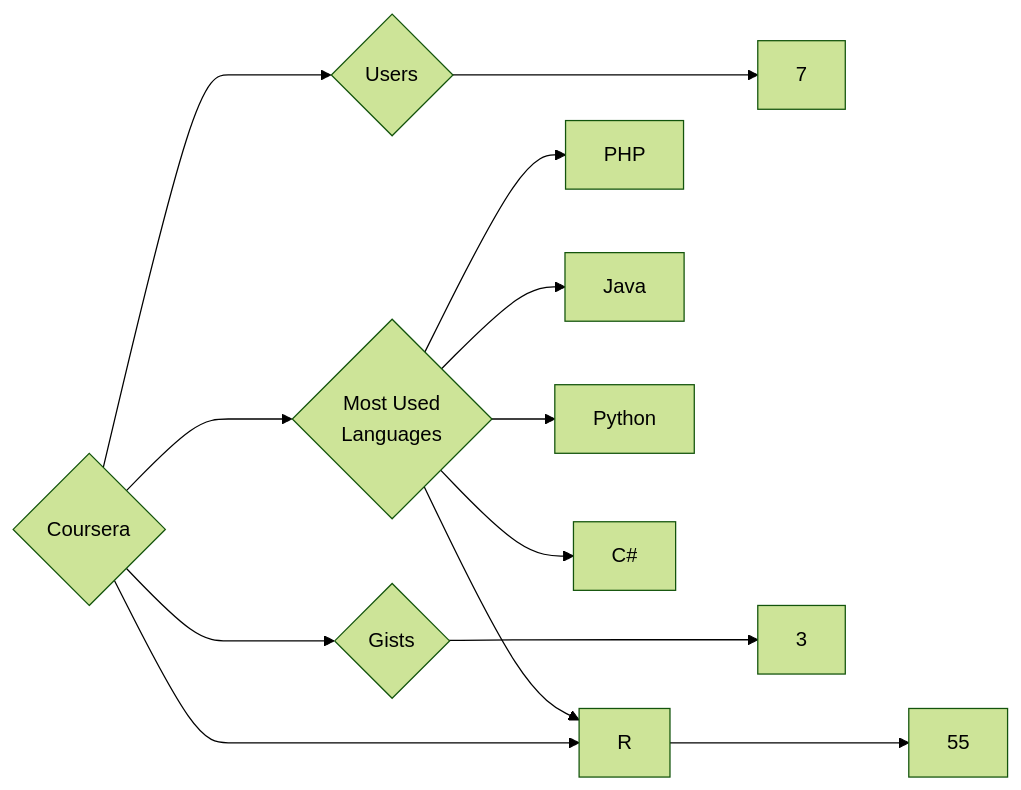
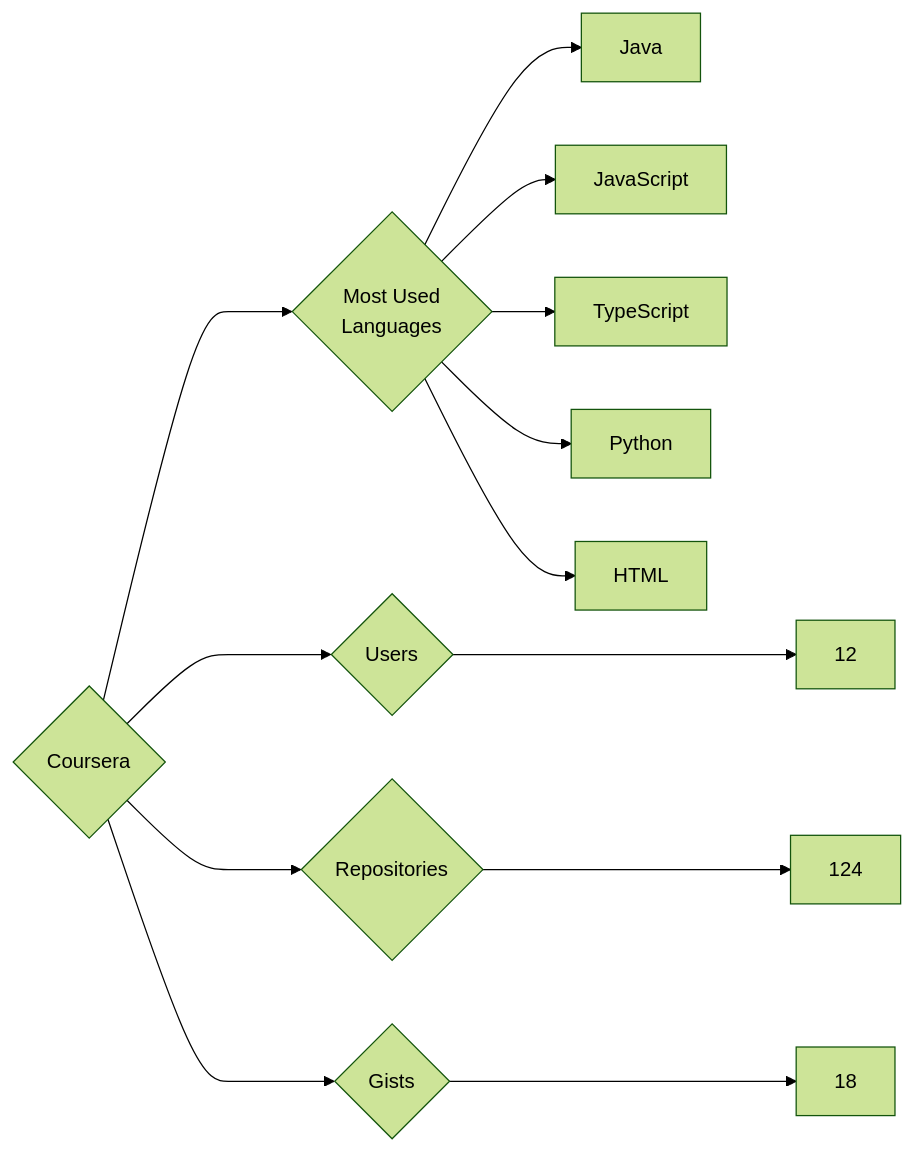
Before and after one commit to trickest/insiders: the diagram in targets/Coursera/README.md, drawn with Mermaid (forest theme). The commit also changed 757 other files, not shown here.

````diff
--- a/targets/Coursera/README.md
+++ b/targets/Coursera/README.md
@@ -3,13 +3,13 @@
 ```mermaid
 graph LR
 COMPANY_NAME{Coursera}
-COMPANY_NAME ---> U{Users} ---> UN[7]
-COMPANY_NAME ---> R{Repositories} ---> RN[55]
-COMPANY_NAME ---> G{Gists} ---> GN[3]
+COMPANY_NAME ---> U{Users} ---> UN[12]
+COMPANY_NAME ---> R{Repositories} ---> RN[124]
+COMPANY_NAME ---> G{Gists} ---> GN[18]
 COMPANY_NAME ---> ML{Most Used<br>Languages}
-ML --> PHP[PHP]
 ML --> Java[Java]
+ML --> JavaScript[JavaScript]
+ML --> TypeScript[TypeScript]
 ML --> Python[Python]
-ML --> C#[C#]
-ML --> R[R]
+ML --> HTML[HTML]
 ```
````
